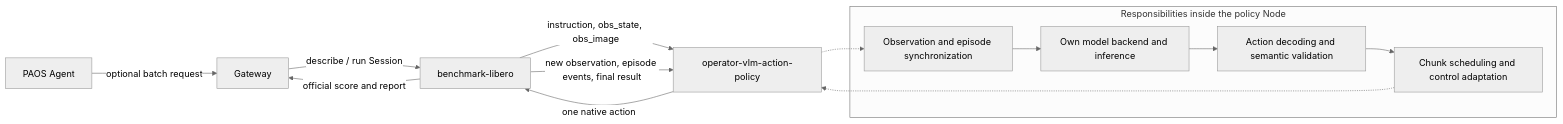
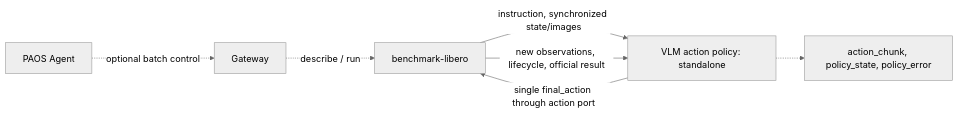
Before and after one commit to PhyAgentOS/operator-vlm-action-policy: the first of 4 diagrams in docs/DESIGN.md, drawn with Mermaid (neutral theme). The commit also changed other lines of this file and 9 other files, not shown here.

Commit message:
Organize VLM-only and VLA-conditioned policy designs

````diff
--- a/docs/DESIGN.md
+++ b/docs/DESIGN.md
@@ -22,16 +107,9 @@
 ```mermaid
 flowchart LR
-    agent["PAOS Agent"] -->|"optional batch request"| gateway["Gateway"]
-    gateway -->|"describe / run Session"| benchmark["benchmark-libero"]
-    benchmark -->|"instruction, obs_state, obs_image"| policy["operator-vlm-action-policy"]
-    policy -->|"one native action"| benchmark
-    benchmark -->|"new observation, episode events, final result"| policy
-    benchmark -->|"official score and report"| gateway
-    subgraph policyInternal["Responsibilities inside the policy Node"]
-        sync["Observation and episode synchronization"] --> model["Own model backend and inference"]
-        model --> decode["Action decoding and semantic validation"]
-        decode --> queue["Chunk scheduling and control adaptation"]
-    end
-    policy -.-> sync
-    queue -.-> policy
+    agent["PAOS Agent"] -.->|"optional batch control"| gateway["Gateway"]
+    gateway -.->|"describe / run"| benchmark["benchmark-libero"]
+    benchmark -->|"instruction, synchronized state/images"| policy["VLM action policy: standalone"]
+    policy -->|"single final_action through action port"| benchmark
+    benchmark -->|"new observations, lifecycle, official result"| policy
+    policy -.-> trace["action_chunk, policy_state, policy_error"]
 ```
````
